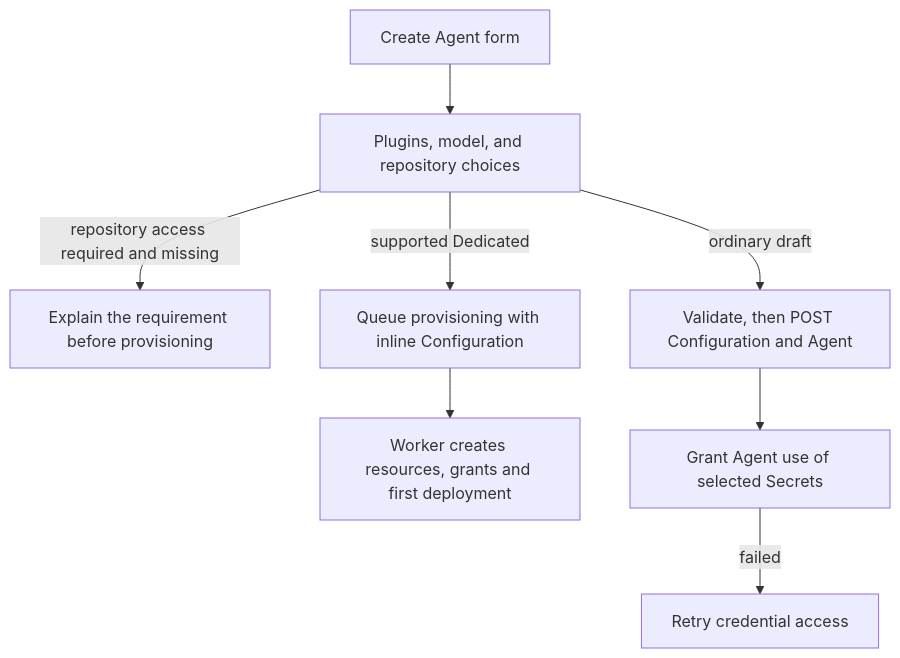
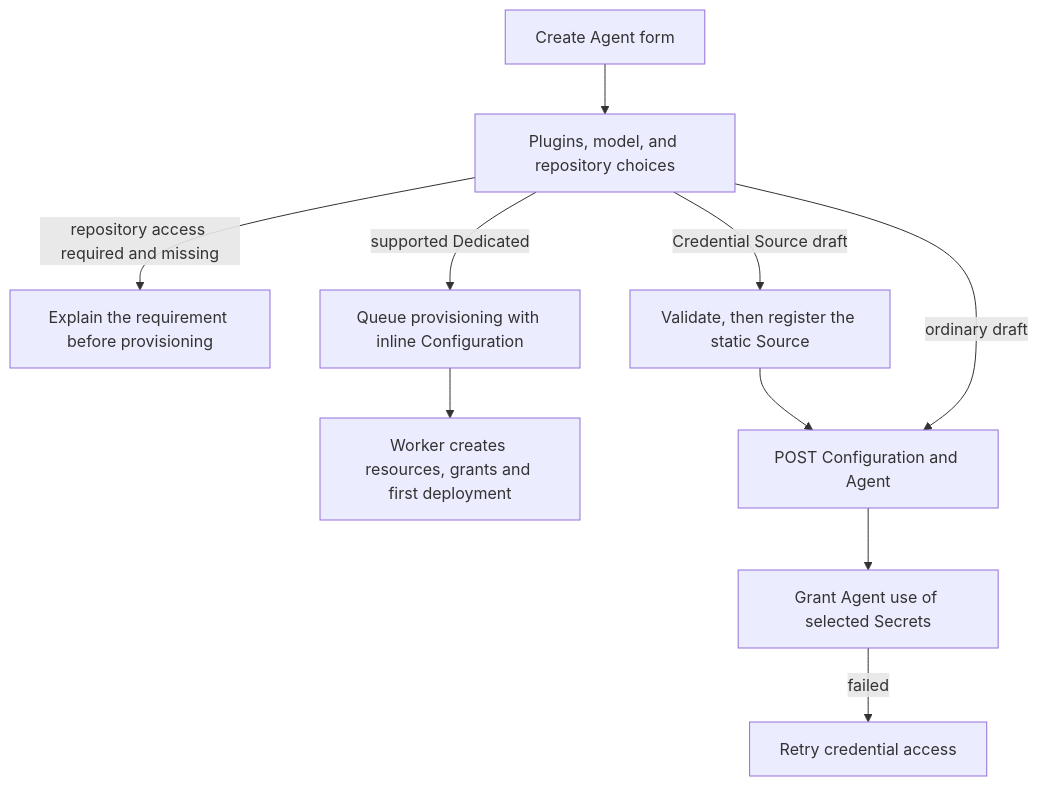
The diagram in docs/flows/platform-console/agent-creation.md (openclaw/openclaw-enterprise), drawn with Mermaid before and after one commit. The commit also changed other lines of this file and 75 other files, not shown here.

````diff
--- a/docs/flows/platform-console/agent-creation.md
+++ b/docs/flows/platform-console/agent-creation.md
@@ -27,10 +27,12 @@
 ```mermaid
 graph TD
   A["Create Agent form"] --> B["Plugins, model, and repository choices"]
   B -->|repository access required and missing| H["Explain the requirement before provisioning"]
   B -->|supported Dedicated| C["Queue provisioning with inline Configuration"]
   C --> D["Worker creates resources, grants and first deployment"]
-  B -->|ordinary draft| E["Validate, then POST Configuration and Agent"]
+  B -->|Credential Source draft| S["Validate, then register the static Source"]
+  S --> E["POST Configuration and Agent"]
+  B -->|ordinary draft| E
   E --> F["Grant Agent use of selected Secrets"]
   F -->|failed| G["Retry credential access"]
 ```
````
